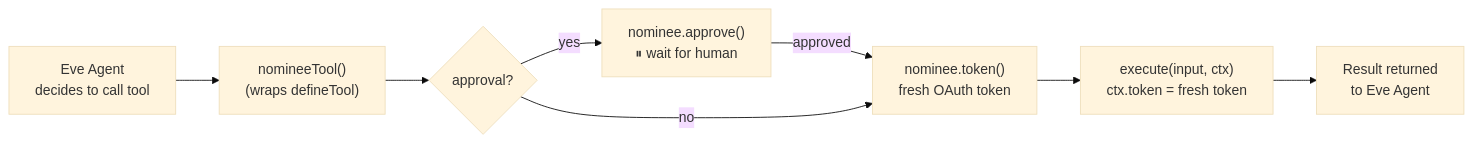
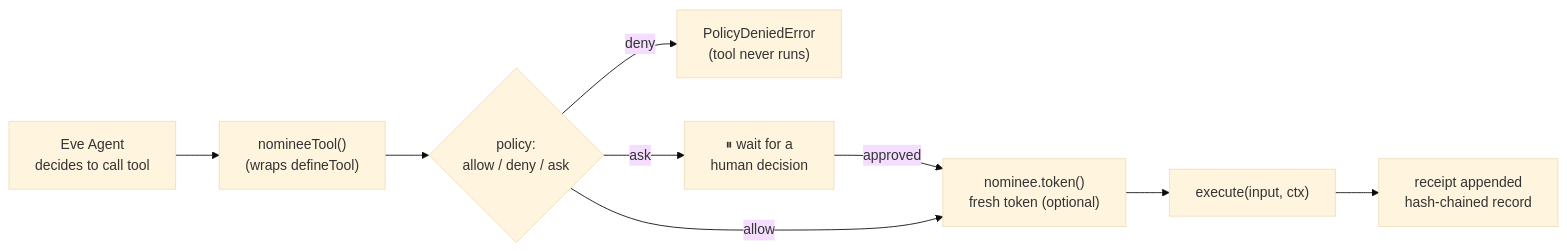
The diagram in packages/eve/README.md (bharath31/nominee), drawn with Mermaid (base theme) before and after one commit. The commit also changed other lines of this file and 6 other files, not shown here.

````diff
--- a/packages/eve/README.md
+++ b/packages/eve/README.md
@@ -30,10 +30,11 @@
 ```mermaid
 flowchart LR
     Agent["Eve Agent\ndecides to call tool"] --> T["nomineeTool()\n(wraps defineTool)"]
-    T --> A{approval?}
-    A -->|yes| AP["nominee.approve()\n⏸ wait for human"]
+    T --> P{"policy:\nallow / deny / ask"}
+    P -->|deny| X["PolicyDeniedError\n(tool never runs)"]
+    P -->|ask| AP["⏸ wait for a\nhuman decision"]
     AP -->|approved| TOK
-    A -->|no| TOK["nominee.token()\nfresh OAuth token"]
-    TOK --> EX["execute(input, ctx)\nctx.token = fresh token"]
-    EX --> Agent2["Result returned\nto Eve Agent"]
+    P -->|allow| TOK["nominee.token()\nfresh token (optional)"]
+    TOK --> EX["execute(input, ctx)"]
+    EX --> R["receipt appended\nhash-chained record"]
 ```
````
